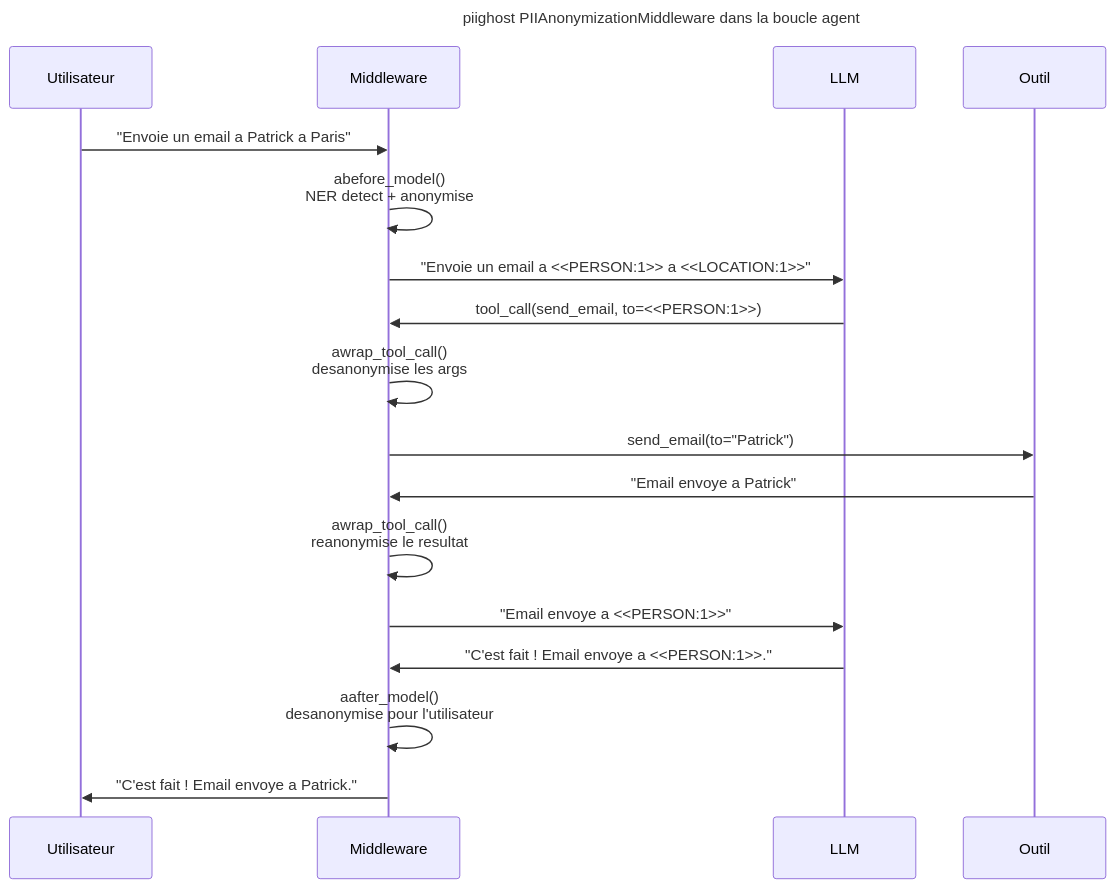
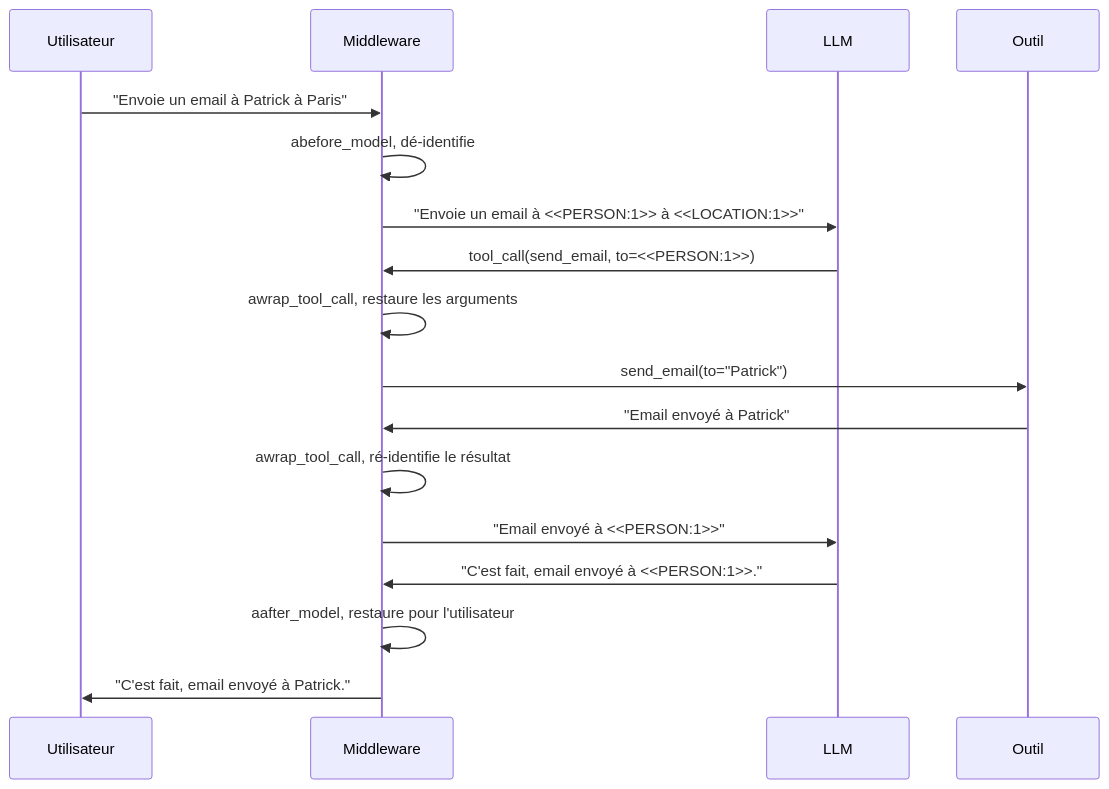
The fourth of 4 diagrams in docs/fr/architecture.md (Athroniaeth/piighost), drawn with Mermaid before and after one commit. The commit also changed other lines of this file and 57 other files, not shown here.

````diff
--- a/docs/fr/architecture.md
+++ b/docs/fr/architecture.md
@@ -255,23 +345,20 @@
 ```mermaid
----
-title: "piighost PIIAnonymizationMiddleware dans la boucle agent"
----
 sequenceDiagram
     participant U as Utilisateur
     participant M as Middleware
     participant L as LLM
     participant T as Outil
 
-    U->>M: "Envoie un email a Patrick a Paris"
-    M->>M: abefore_model()<br/>NER detect + anonymise
-    M->>L: "Envoie un email a <<PERSON:1>> a <<LOCATION:1>>"
+    U->>M: "Envoie un email à Patrick à Paris"
+    M->>M: abefore_model, dé-identifie
+    M->>L: "Envoie un email à <<PERSON:1>> à <<LOCATION:1>>"
     L->>M: tool_call(send_email, to=<<PERSON:1>>)
-    M->>M: awrap_tool_call()<br/>desanonymise les args
+    M->>M: awrap_tool_call, restaure les arguments
     M->>T: send_email(to="Patrick")
-    T->>M: "Email envoye a Patrick"
-    M->>M: awrap_tool_call()<br/>reanonymise le resultat
-    M->>L: "Email envoye a <<PERSON:1>>"
-    L->>M: "C'est fait ! Email envoye a <<PERSON:1>>."
-    M->>M: aafter_model()<br/>desanonymise pour l'utilisateur
-    M->>U: "C'est fait ! Email envoye a Patrick."
+    T->>M: "Email envoyé à Patrick"
+    M->>M: awrap_tool_call, ré-identifie le résultat
+    M->>L: "Email envoyé à <<PERSON:1>>"
+    L->>M: "C'est fait, email envoyé à <<PERSON:1>>."
+    M->>M: aafter_model, restaure pour l'utilisateur
+    M->>U: "C'est fait, email envoyé à Patrick."
 ```
````
